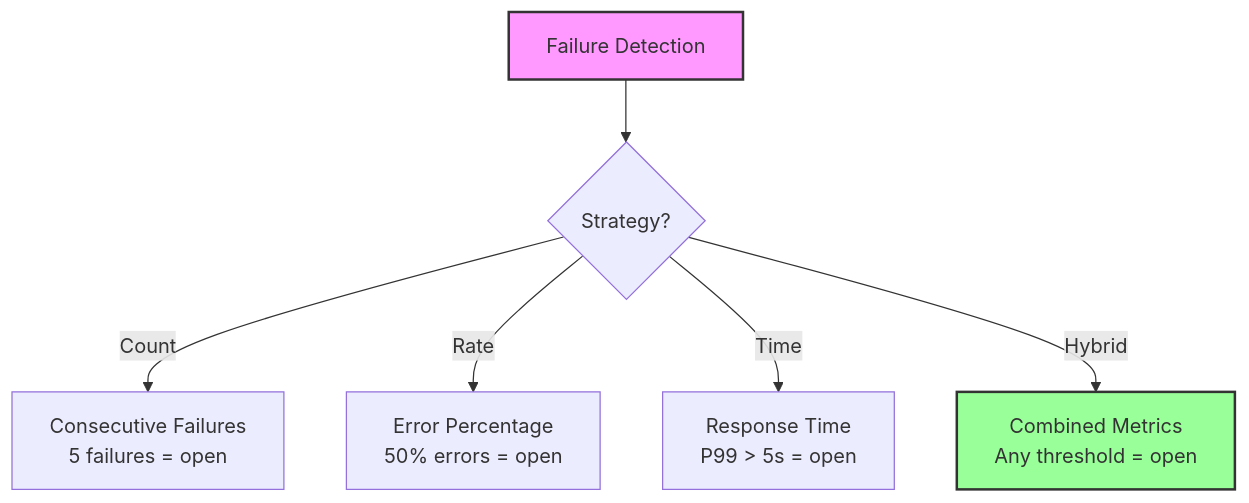
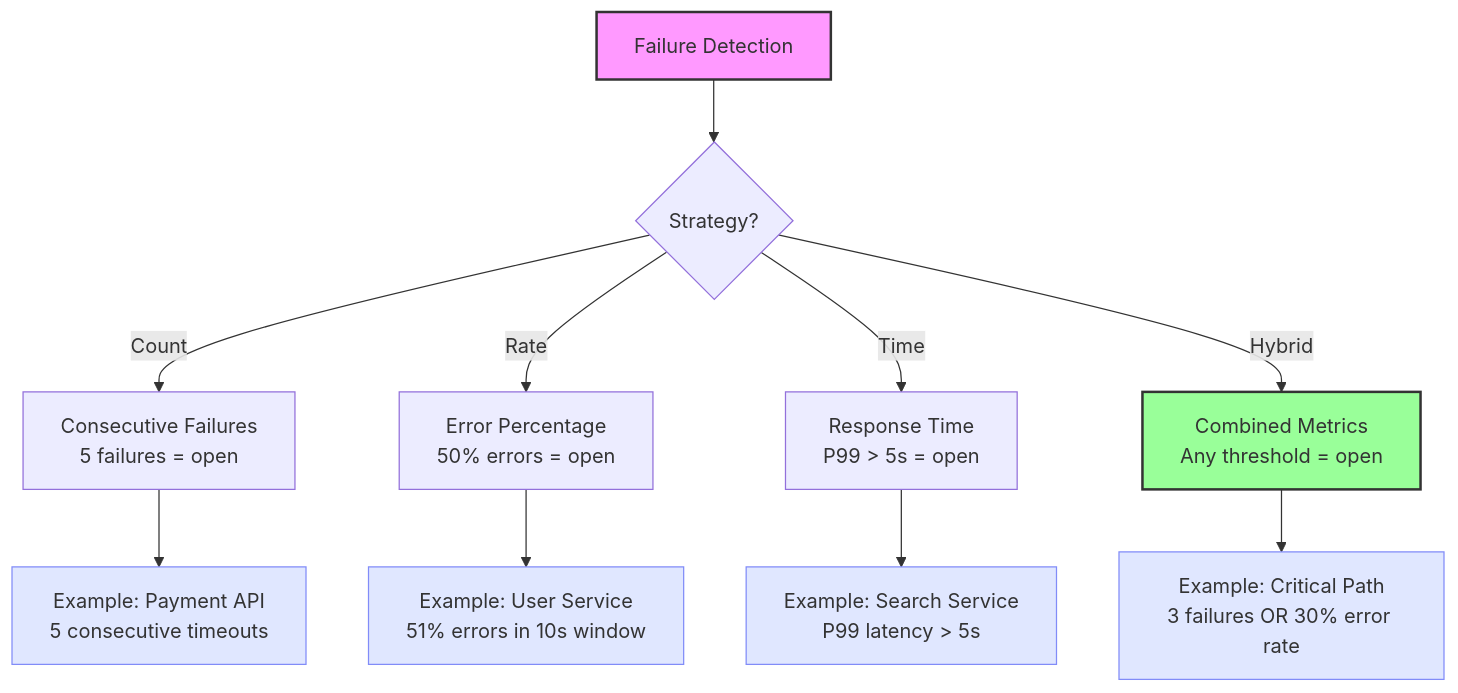
One commit to deepaucksharma/DStudio changed the third of 8 diagrams in docs/pattern-library/resilience/circuit-breaker.md. Above: the diagram before and after it, drawn with Mermaid. The commit also changed other lines of this file and 119 other files, not shown here.

````diff
--- a/docs/pattern-library/resilience/circuit-breaker.md
+++ b/docs/pattern-library/resilience/circuit-breaker.md
@@ -118,11 +174,20 @@
 ```mermaid
 graph TD
     A[Failure Detection] --> B{Strategy?}
     B -->|Count| C[Consecutive Failures<br/>5 failures = open]
     B -->|Rate| D[Error Percentage<br/>50% errors = open]
     B -->|Time| E[Response Time<br/>P99 > 5s = open]
     B -->|Hybrid| F[Combined Metrics<br/>Any threshold = open]
     
+    C --> C1[Example: Payment API<br/>5 consecutive timeouts]
+    D --> D1[Example: User Service<br/>51% errors in 10s window]
+    E --> E1[Example: Search Service<br/>P99 latency > 5s]
+    F --> F1[Example: Critical Path<br/>3 failures OR 30% error rate]
+    
     style A fill:#f9f,stroke:#333,stroke-width:2px
     style F fill:#9f9,stroke:#333,stroke-width:2px
+    style C1 fill:#e0e7ff,stroke:#818cf8
+    style D1 fill:#e0e7ff,stroke:#818cf8
+    style E1 fill:#e0e7ff,stroke:#818cf8
+    style F1 fill:#e0e7ff,stroke:#818cf8
 ```
````
